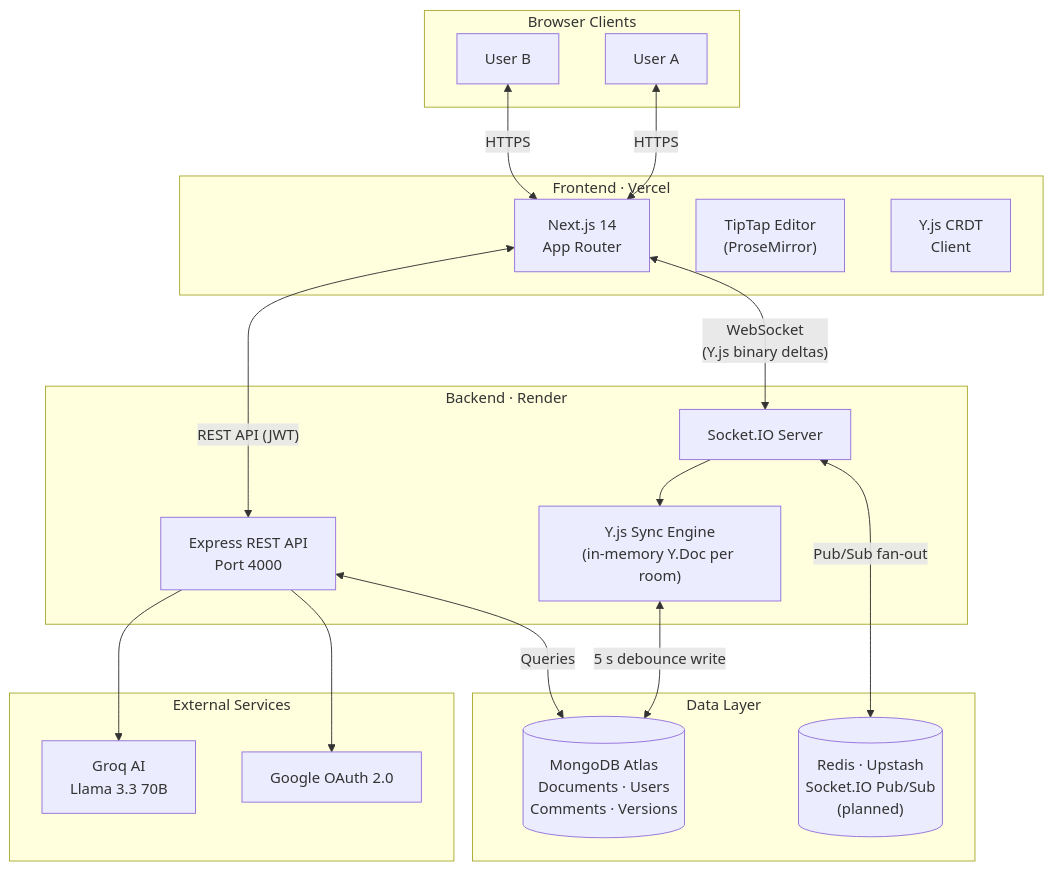
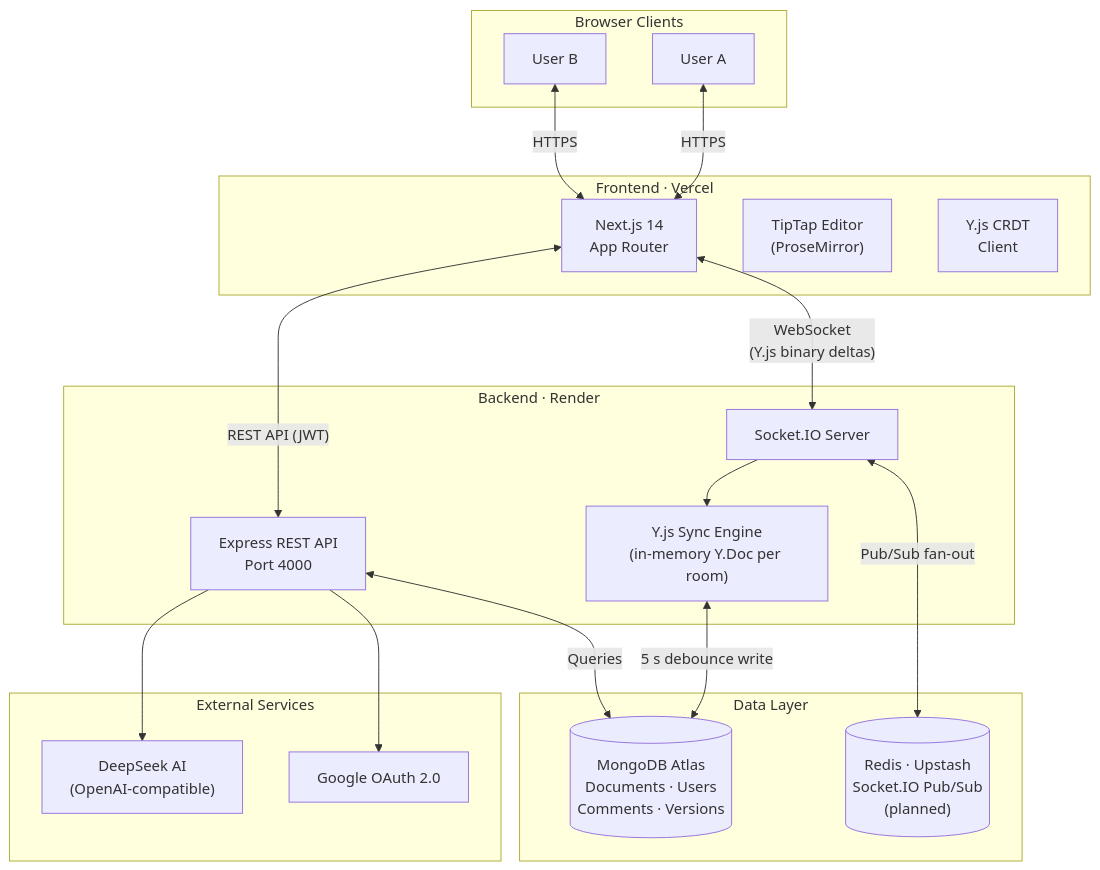
One commit to imsumit28/CollabDocs changed the diagram in README.md. Above: the diagram before and after it, drawn with Mermaid. The commit also changed other lines of this file and 13 other files, not shown here.

Commit message:
Migrate AI provider from Groq to DeepSeek (deepseek-v4-flash)

````diff
--- a/README.md
+++ b/README.md
@@ -60,40 +60,40 @@
 ```mermaid
 graph TB
     subgraph Clients["Browser Clients"]
         B1["User A"]
         B2["User B"]
     end
 
     subgraph Frontend["Frontend · Vercel"]
         NX["Next.js 14\nApp Router"]
         TE["TipTap Editor\n(ProseMirror)"]
         YC["Y.js CRDT\nClient"]
     end
 
     subgraph Backend["Backend · Render"]
         EX["Express REST API\nPort 4000"]
         SO["Socket.IO Server"]
         YS["Y.js Sync Engine\n(in-memory Y.Doc per room)"]
     end
 
     subgraph DataLayer["Data Layer"]
         MG[("MongoDB Atlas\nDocuments · Users\nComments · Versions")]
         RD[("Redis · Upstash\nSocket.IO Pub/Sub\n(planned)")]
     end
 
     subgraph External["External Services"]
-        GR["Groq AI\nLlama 3.3 70B"]
+        GR["DeepSeek AI\n(OpenAI-compatible)"]
         GO["Google OAuth 2.0"]
     end
 
     B1 <-->|HTTPS| NX
     B2 <-->|HTTPS| NX
     NX <-->|"REST API (JWT)"| EX
     NX <-->|"WebSocket\n(Y.js binary deltas)"| SO
     SO --> YS
     YS <-->|"5 s debounce write"| MG
     EX <-->|Queries| MG
     SO <-->|Pub/Sub fan-out| RD
     EX --> GR
     EX --> GO
 ```
````
